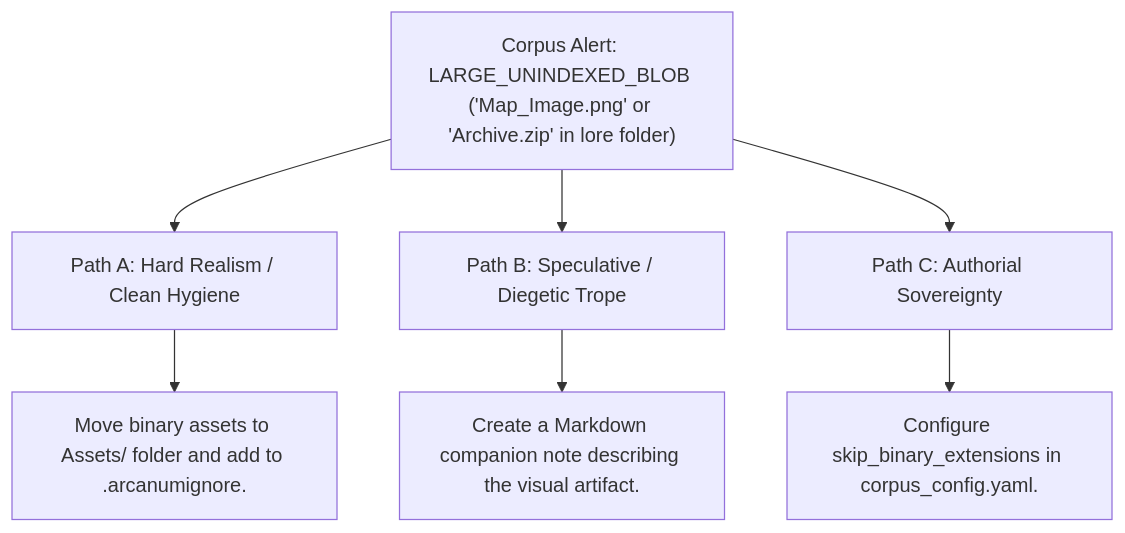
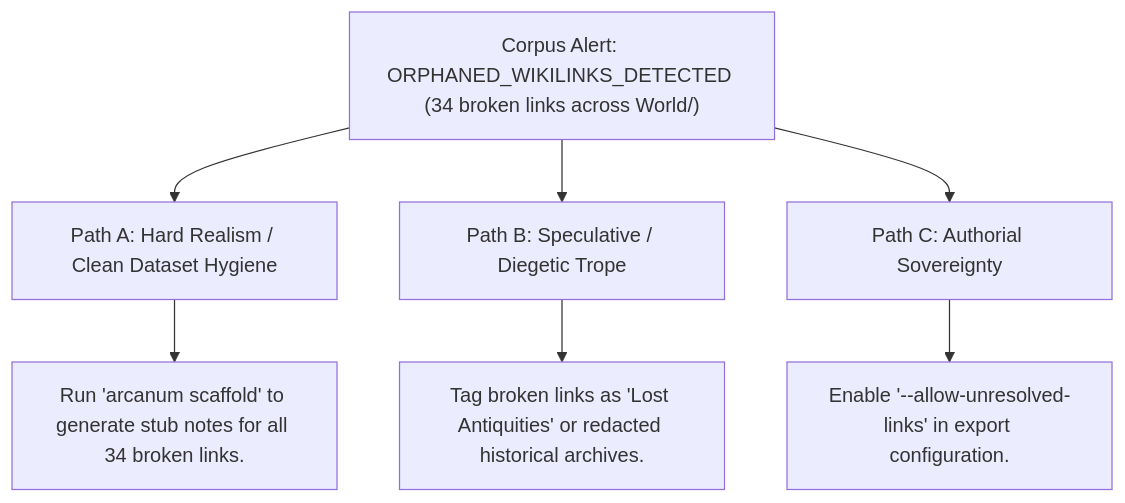
Before and after one commit to aryansinghnagar/Ars-Arcanum: the second of 2 diagrams in docs/CORPUS_EXPORT.md, drawn with Mermaid. The commit also changed other lines of this file and 239 other files, not shown here.

First line of the commit message:
feat(v5.0.0): streamline to 47 deterministic engines, zero-pip architecture, and encyclopedic craft references

````diff
--- a/docs/CORPUS_EXPORT.md
+++ b/docs/CORPUS_EXPORT.md
@@ -116,10 +245,10 @@
 ```mermaid
 flowchart TD
-    Alert["Corpus Alert: LARGE_UNINDEXED_BLOB ('Map_Image.png' or 'Archive.zip' in lore folder)"] --> PathA["Path A: Hard Realism / Clean Hygiene"]
+    Alert["Corpus Alert: ORPHANED_WIKILINKS_DETECTED (34 broken links across World/)"] --> PathA["Path A: Hard Realism / Clean Dataset Hygiene"]
     Alert --> PathB["Path B: Speculative / Diegetic Trope"]
     Alert --> PathC["Path C: Authorial Sovereignty"]
     
-    PathA --> SolA["Move binary assets to Assets/ folder and add to .arcanumignore."]
-    PathB --> SolB["Create a Markdown companion note describing the visual artifact."]
-    PathC --> SolC["Configure skip_binary_extensions in corpus_config.yaml."]
+    PathA --> SolA["Run 'arcanum scaffold' to generate stub notes for all 34 broken links."]
+    PathB --> SolB["Tag broken links as 'Lost Antiquities' or redacted historical archives."]
+    PathC --> SolC["Enable '--allow-unresolved-links' in export configuration."]
 ```
````
